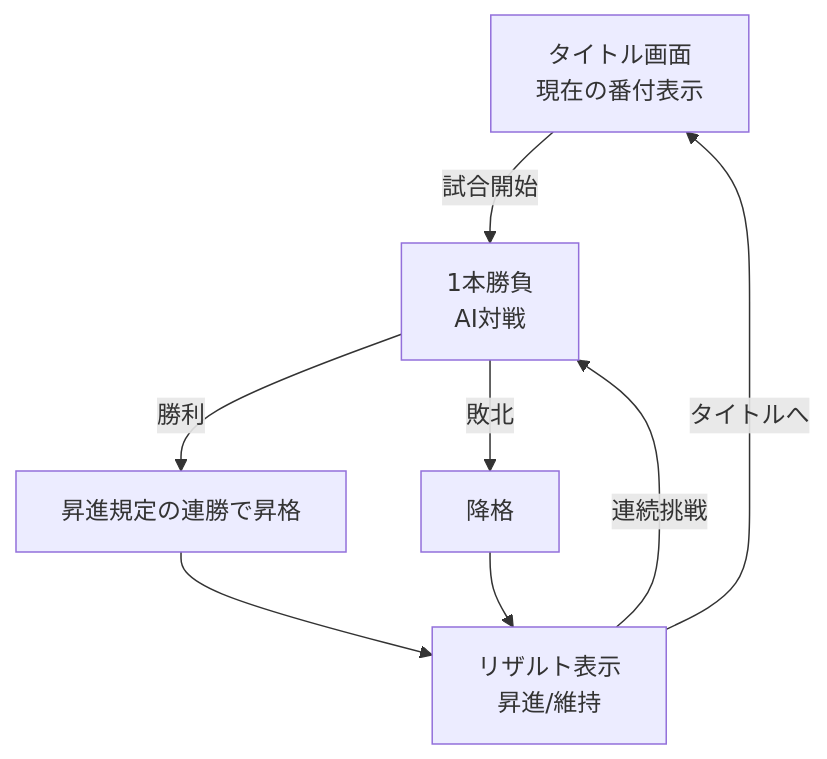
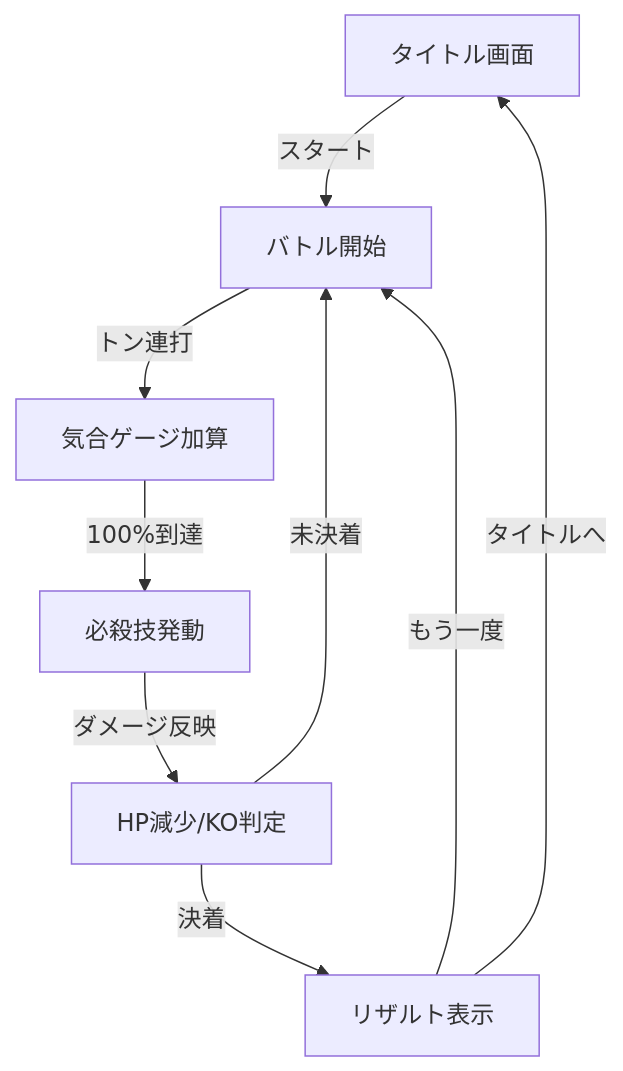
Before and after one commit to usagi917/sumo_game: the third of 4 diagrams in README.md, drawn with Mermaid. The commit also changed other lines of this file and 1 other file, not shown here.

````diff
--- a/README.md
+++ b/README.md
@@ -71,10 +216,11 @@
 ```mermaid
 flowchart TD
-  T[タイトル画面<br/>現在の番付表示] -->|試合開始| B[1本勝負<br/>AI対戦]
-  B -->|勝利| W[昇進規定の連勝で昇格]
-  B -->|敗北| L[降格]
-  W --> RES[リザルト表示<br/>昇進/維持]
-  L --> RES
-  RES -->|連続挑戦| B
-  RES -->|タイトルへ| T
+  T[タイトル画面] -->|スタート| B[バトル開始]
+  B -->|トン連打| G[気合ゲージ加算]
+  G -->|100%到達| S[必殺技発動]
+  S -->|ダメージ反映| K[HP減少/KO判定]
+  K -->|決着| R[リザルト表示]
+  R -->|もう一度| B
+  R -->|タイトルへ| T
+  K -->|未決着| B
 ```
````
